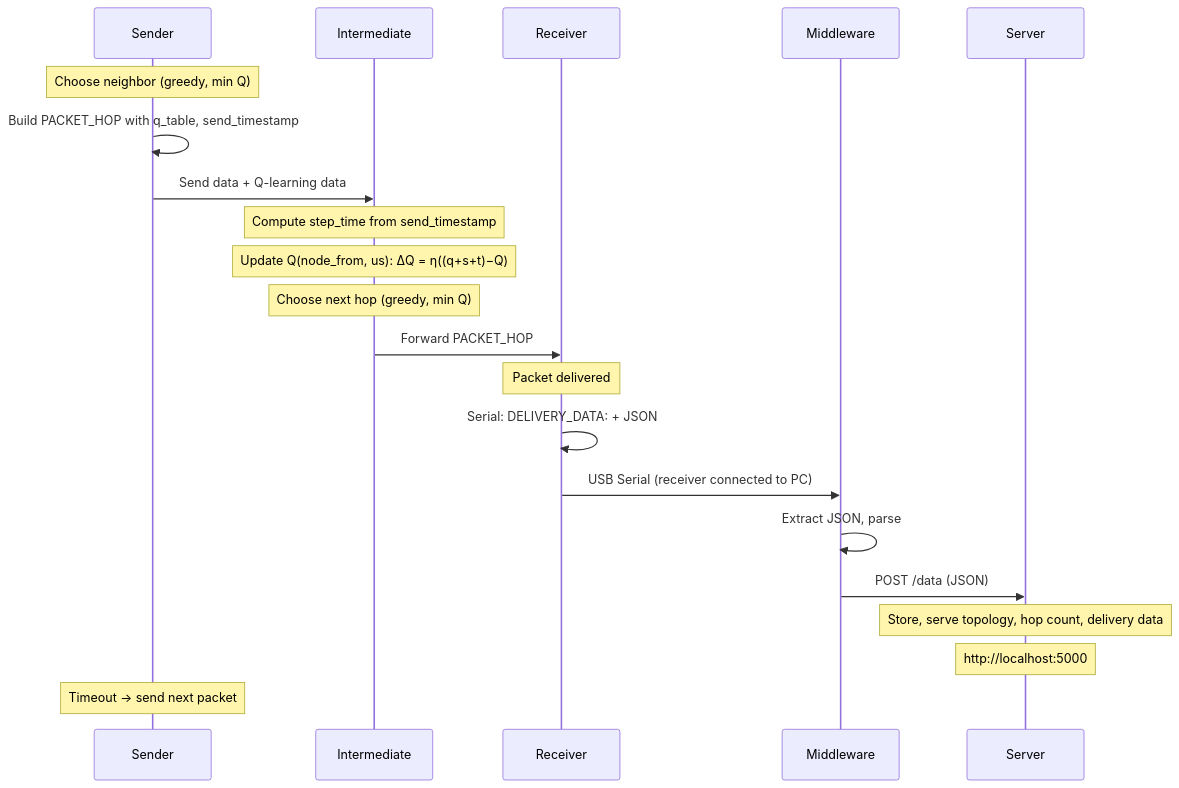
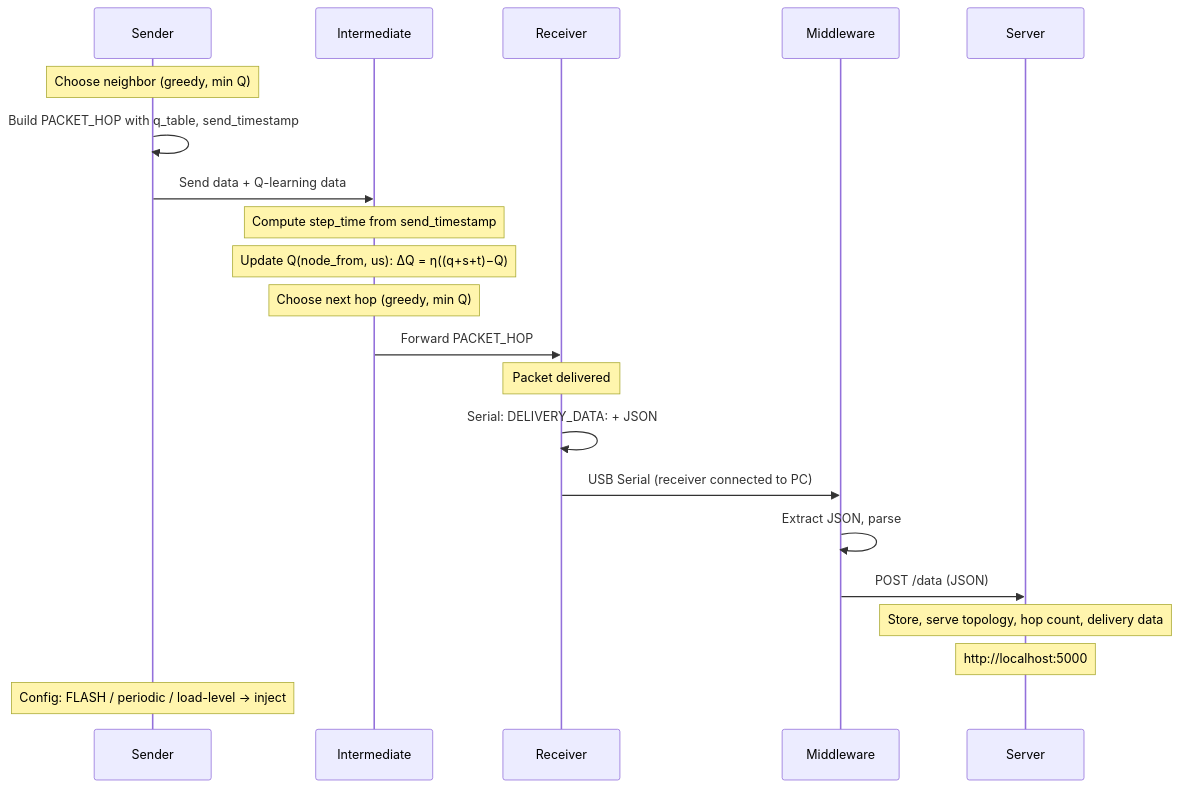
One commit to FrancoBre/esp-q-mesh-routing changed the diagram in README.md. Above: the diagram before and after it, drawn with Mermaid. The commit also changed other lines of this file and 5 other files, not shown here.

````diff
--- a/README.md
+++ b/README.md
@@ -23,27 +24,27 @@
 ```mermaid
 sequenceDiagram
     participant Sender
     participant Intermediate
     participant Receiver
     participant Middleware
     participant Server
 
     Note over Sender: Choose neighbor (greedy, min Q)
     Sender->>Sender: Build PACKET_HOP with q_table, send_timestamp
     Sender->>Intermediate: Send data + Q-learning data
 
     Note over Intermediate: Compute step_time from send_timestamp
     Note over Intermediate: Update Q(node_from, us): ΔQ = η((q+s+t)−Q)
     Note over Intermediate: Choose next hop (greedy, min Q)
     Intermediate->>Receiver: Forward PACKET_HOP
 
     Note over Receiver: Packet delivered
     Receiver->>Receiver: Serial: DELIVERY_DATA: + JSON
     Receiver->>Middleware: USB Serial (receiver connected to PC)
     Middleware->>Middleware: Extract JSON, parse
     Middleware->>Server: POST /data (JSON)
     Note over Server: Store, serve topology, hop count, delivery data
     Note over Server: http://localhost:5000
 
-    Note over Sender: Timeout → send next packet
+    Note over Sender: Config: FLASH / periodic / load-level → inject
 ```
````
